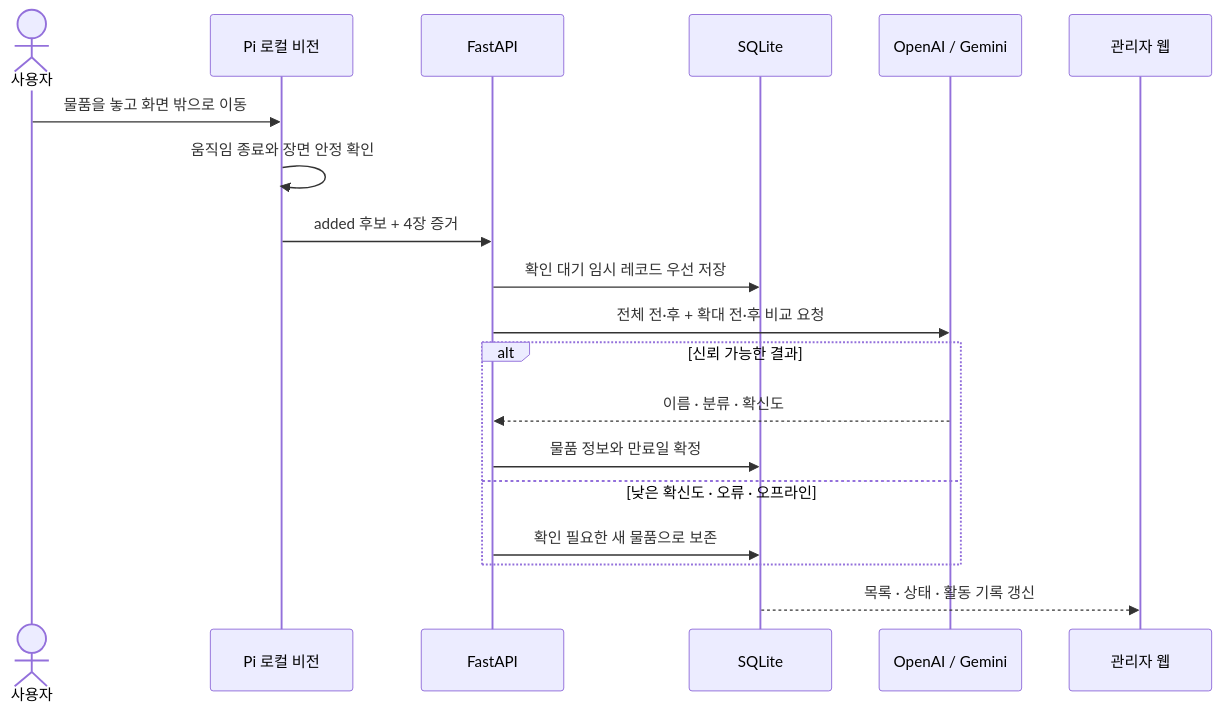
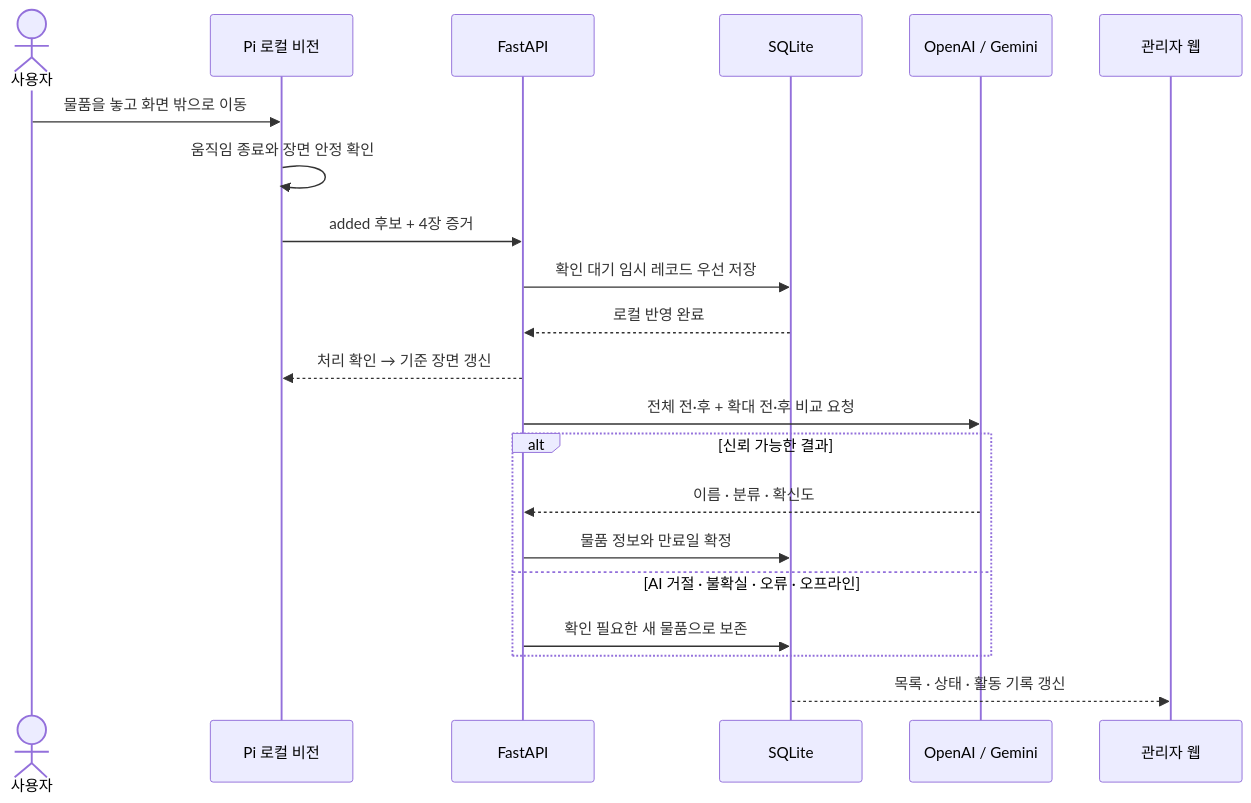
The second of 2 diagrams in README.md (Jinseok2419342/Capstone-team-project), drawn with Mermaid before and after one commit. The commit also changed other lines of this file and 1035 other files, not shown here.

````diff
--- a/README.md
+++ b/README.md
@@ -112,22 +123,24 @@
 ```mermaid
 sequenceDiagram
     actor User as 사용자
     participant Vision as Pi 로컬 비전
     participant API as FastAPI
     participant DB as SQLite
     participant AI as OpenAI / Gemini
     participant Web as 관리자 웹
 
     User->>Vision: 물품을 놓고 화면 밖으로 이동
     Vision->>Vision: 움직임 종료와 장면 안정 확인
     Vision->>API: added 후보 + 4장 증거
     API->>DB: 확인 대기 임시 레코드 우선 저장
+    DB-->>API: 로컬 반영 완료
+    API-->>Vision: 처리 확인 → 기준 장면 갱신
     API->>AI: 전체 전·후 + 확대 전·후 비교 요청
     alt 신뢰 가능한 결과
         AI-->>API: 이름 · 분류 · 확신도
         API->>DB: 물품 정보와 만료일 확정
-    else 낮은 확신도 · 오류 · 오프라인
+    else AI 거절 · 불확실 · 오류 · 오프라인
         API->>DB: 확인 필요한 새 물품으로 보존
     end
     DB-->>Web: 목록 · 상태 · 활동 기록 갱신
 ```
````
